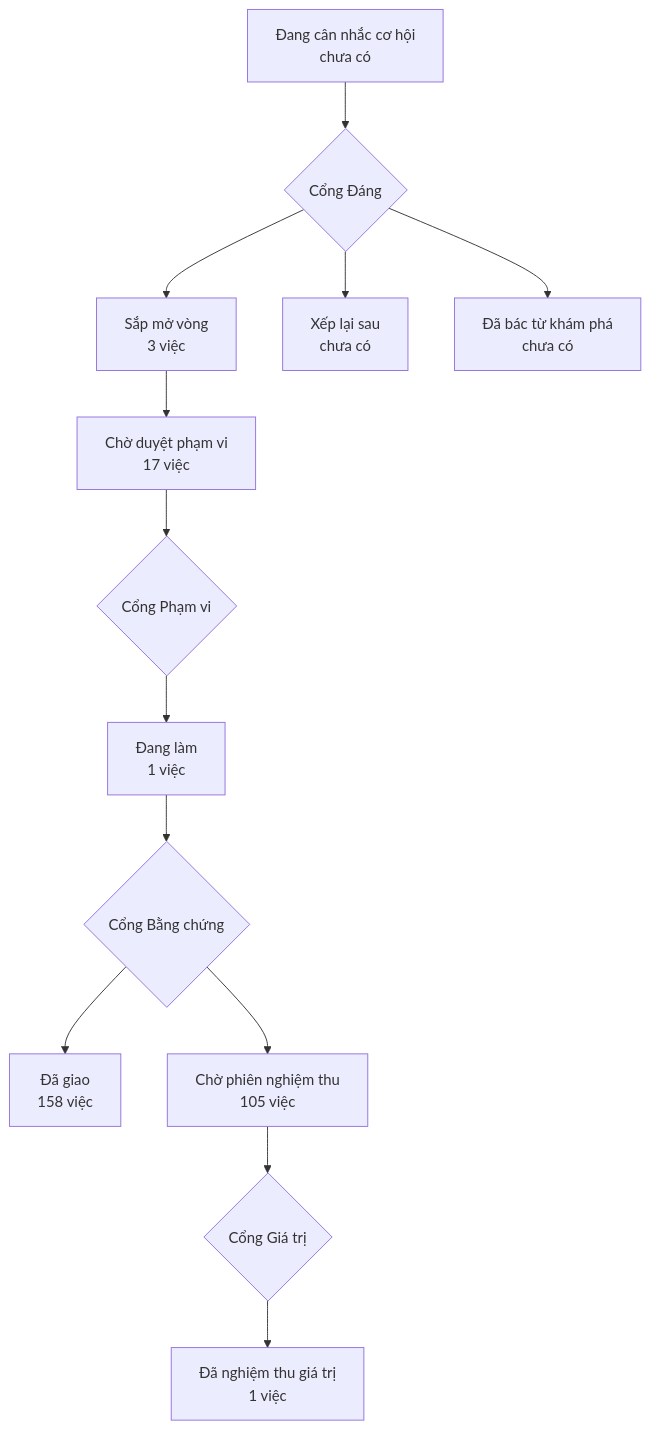
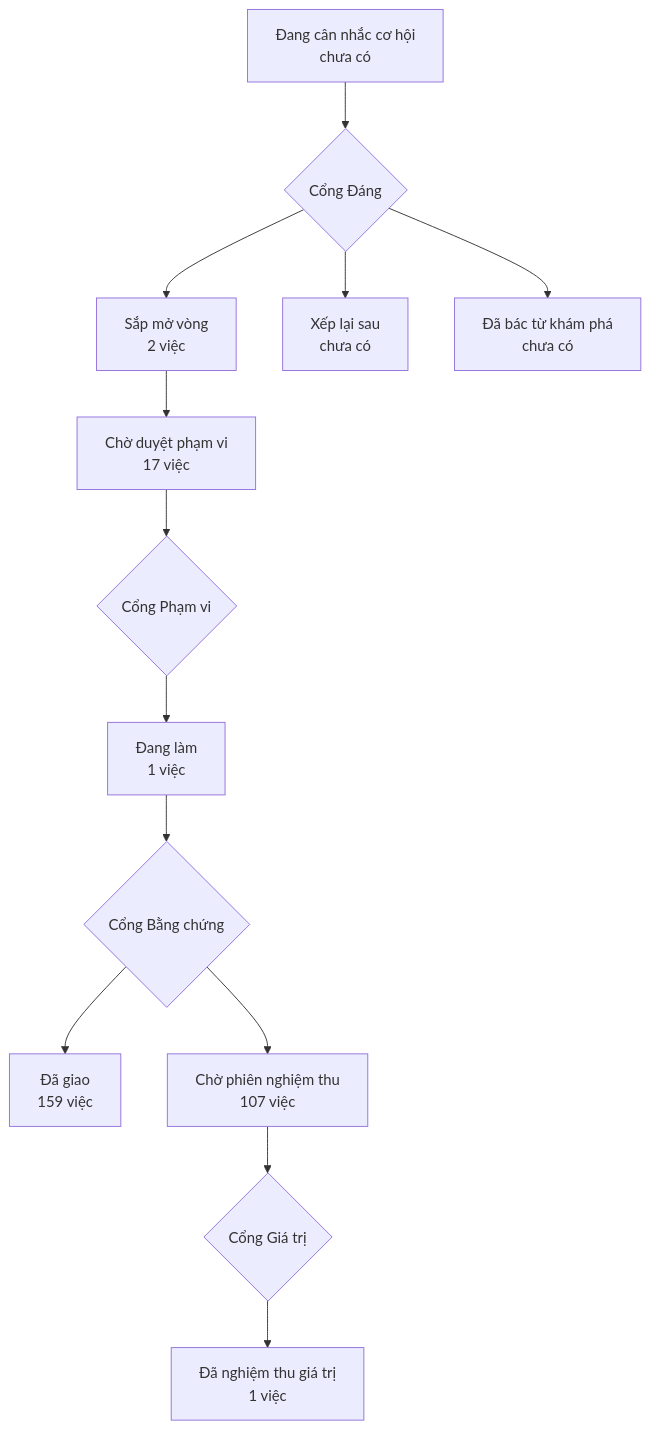
One commit to phanlemanh/onehub-invest changed the diagram in PRODUCT-MAP.md. Above: the diagram before and after it, drawn with Mermaid. The commit also changed other lines of this file and 1 other file, not shown here.

Commit message:
chore(link-nguoi-ban-s03): sinh lại product-map sau khi gộp zcode/lnb-mo-lai và main

````diff
--- a/PRODUCT-MAP.md
+++ b/PRODUCT-MAP.md
@@ -7,12 +7,12 @@
 ```mermaid
 flowchart TD
   A["Đang cân nhắc cơ hội<br/>chưa có"] --> GD{"Cổng Đáng"}
-  GD --> B["Sắp mở vòng<br/>3 việc"]
+  GD --> B["Sắp mở vòng<br/>2 việc"]
   GD --> XL["Xếp lại sau<br/>chưa có"]
   GD --> DB["Đã bác từ khám phá<br/>chưa có"]
   B --> CD["Chờ duyệt phạm vi<br/>17 việc"] --> GP{"Cổng Phạm vi"}
   GP --> DL["Đang làm<br/>1 việc"] --> GB{"Cổng Bằng chứng"}
-  GB --> DG["Đã giao<br/>158 việc"]
-  GB --> CN["Chờ phiên nghiệm thu<br/>105 việc"] --> GG{"Cổng Giá trị"}
+  GB --> DG["Đã giao<br/>159 việc"]
+  GB --> CN["Chờ phiên nghiệm thu<br/>107 việc"] --> GG{"Cổng Giá trị"}
   GG --> NT["Đã nghiệm thu giá trị<br/>1 việc"]
 ```
````
